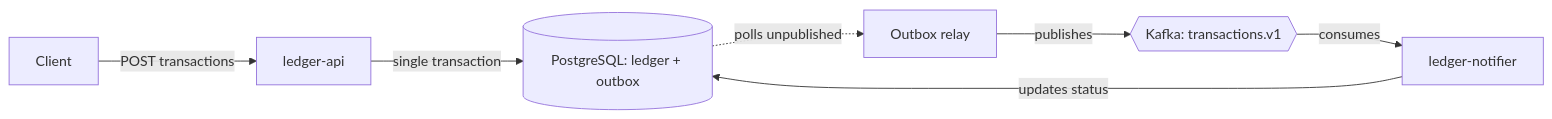
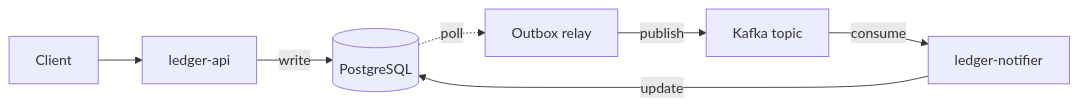
Before and after one commit to simonvildonelohim/ledger-flow: the diagram in README.md, drawn with Mermaid.

Commit message:
fix(docs): quote Mermaid labels so the architecture diagram renders on GitHub

````diff
--- a/README.md
+++ b/README.md
@@ -34,9 +34,9 @@
 ```mermaid
 flowchart LR
-    Client["Client"] -->|"POST transactions"| API["ledger-api"]
-    API -->|"single transaction"| DB[("PostgreSQL: ledger + outbox")]
-    DB -.->|"polls unpublished"| Relay["Outbox relay"]
-    Relay -->|"publishes"| Kafka{{"Kafka: transactions.v1"}}
-    Kafka -->|"consumes"| Notifier["ledger-notifier"]
-    Notifier -->|"updates status"| DB
+    Client --> API[ledger-api]
+    API -->|write| DB[(PostgreSQL)]
+    DB -.->|poll| Relay[Outbox relay]
+    Relay -->|publish| Kafka[Kafka topic]
+    Kafka -->|consume| Notifier[ledger-notifier]
+    Notifier -->|update| DB
 ```
````
